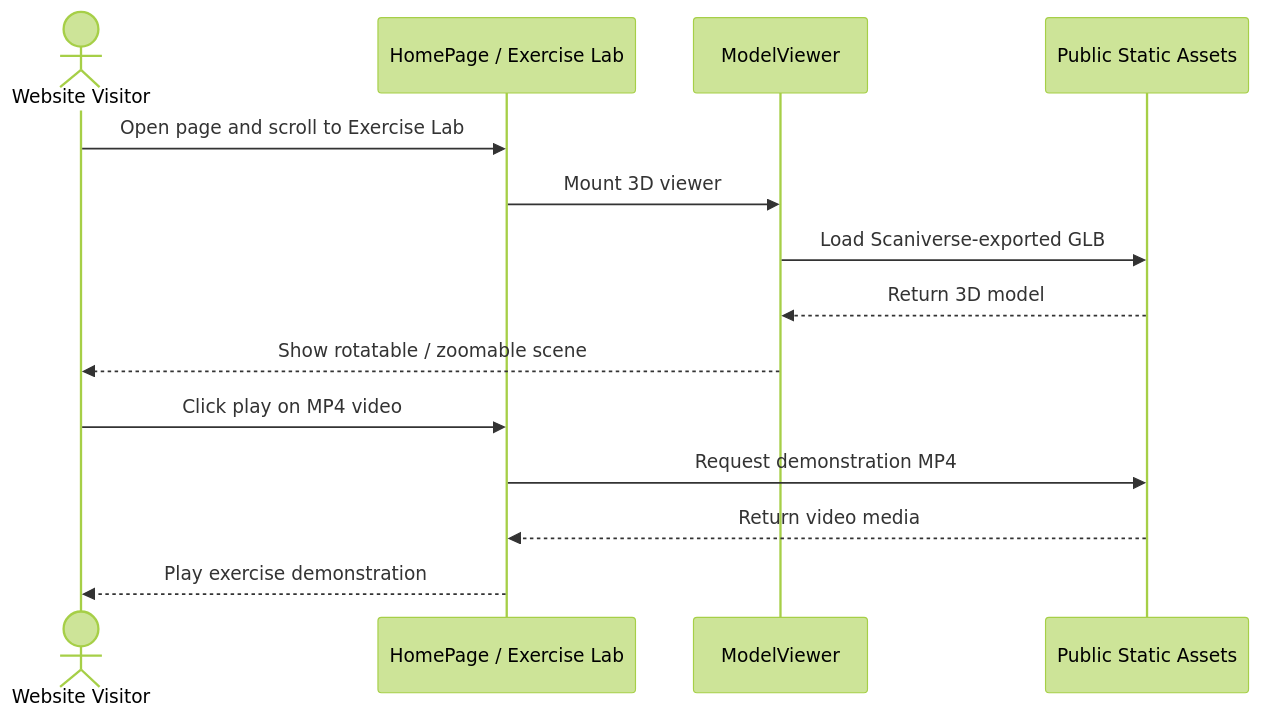
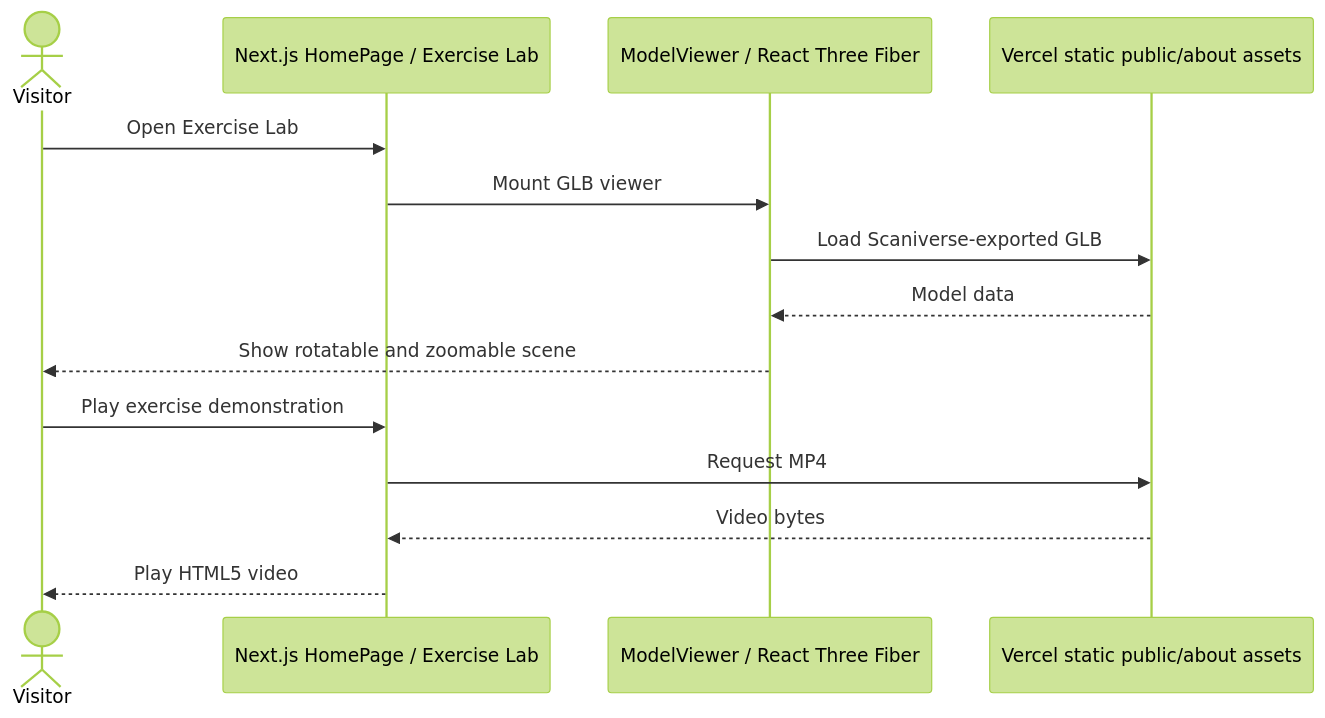
One commit to SFSU-CSC648-TeamOne/SFSU-csc648-06-Fall26-team01 changed the seventh of 7 diagrams in milestones/m2/high-lvl-uml.md. Above: the diagram before and after it, drawn with Mermaid (forest theme). The commit also changed other lines of this file and 1 other file, not shown here.

Commit message:
Updated archtecture and high-lvl-uml to reflect recent changes to repo.

````diff
--- a/milestones/m2/high-lvl-uml.md
+++ b/milestones/m2/high-lvl-uml.md
@@ -195,17 +252,16 @@
 ```mermaid
 sequenceDiagram
-    actor Visitor as Website Visitor
-    participant Page as HomePage / Exercise Lab
-    participant Viewer as ModelViewer
-    participant Assets as Public Static Assets
-
-    Visitor->>Page: Open page and scroll to Exercise Lab
-    Page->>Viewer: Mount 3D viewer
+    actor Visitor
+    participant Page as Next.js HomePage / Exercise Lab
+    participant Viewer as ModelViewer / React Three Fiber
+    participant Assets as Vercel static public/about assets
+    Visitor->>Page: Open Exercise Lab
+    Page->>Viewer: Mount GLB viewer
     Viewer->>Assets: Load Scaniverse-exported GLB
-    Assets-->>Viewer: Return 3D model
-    Viewer-->>Visitor: Show rotatable / zoomable scene
-    Visitor->>Page: Click play on MP4 video
-    Page->>Assets: Request demonstration MP4
-    Assets-->>Page: Return video media
-    Page-->>Visitor: Play exercise demonstration
+    Assets-->>Viewer: Model data
+    Viewer-->>Visitor: Show rotatable and zoomable scene
+    Visitor->>Page: Play exercise demonstration
+    Page->>Assets: Request MP4
+    Assets-->>Page: Video bytes
+    Page-->>Visitor: Play HTML5 video
 ```
````
